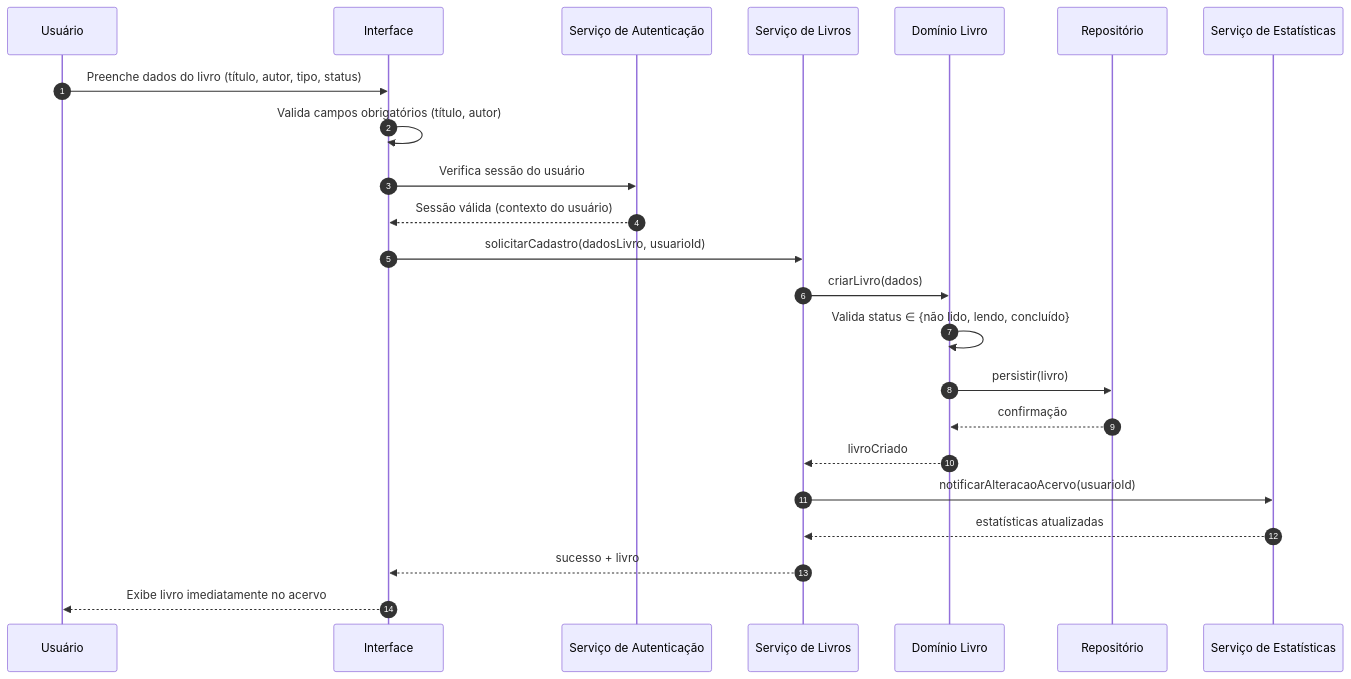
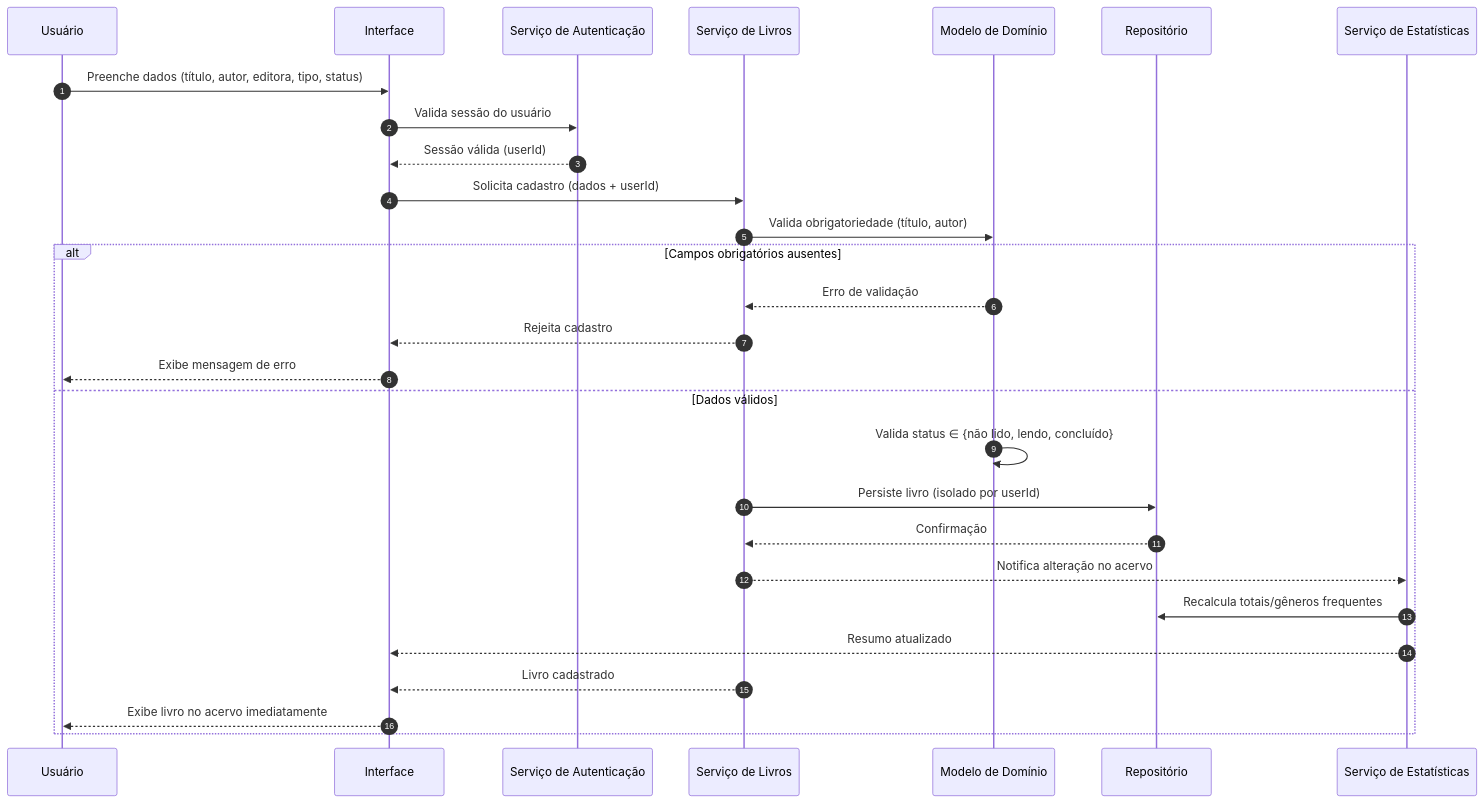
One commit to PDC-ESIA/AI4ES changed the second of 4 diagrams in docs/Time_2_Design/analise-qualitativa/outputs/relatorio_claude_opus_4_8_P04.md. Above: the diagram before and after it, drawn with Mermaid. The commit also changed other lines of this file and 93 other files, not shown here.

````diff
--- a/docs/Time_2_Design/analise-qualitativa/outputs/relatorio_claude_opus_4_8_P04.md
+++ b/docs/Time_2_Design/analise-qualitativa/outputs/relatorio_claude_opus_4_8_P04.md
@@ -118,26 +78,31 @@
 ```mermaid
 sequenceDiagram
     autonumber
     participant U as Usuário
     participant UI as Interface
-    participant Auth as Serviço de Autenticação
-    participant LS as Serviço de Livros
-    participant DM as Domínio Livro
-    participant R as Repositório
-    participant ES as Serviço de Estatísticas
+    participant AUTH as Serviço de Autenticação
+    participant BOOK as Serviço de Livros
+    participant DM as Modelo de Domínio
+    participant REPO as Repositório
+    participant STATS as Serviço de Estatísticas
 
-    U->>UI: Preenche dados do livro (título, autor, tipo, status)
-    UI->>UI: Valida campos obrigatórios (título, autor)
-    UI->>Auth: Verifica sessão do usuário
-    Auth-->>UI: Sessão válida (contexto do usuário)
-    UI->>LS: solicitarCadastro(dadosLivro, usuarioId)
-    LS->>DM: criarLivro(dados)
-    DM->>DM: Valida status ∈ {não lido, lendo, concluído}
-    DM->>R: persistir(livro)
-    R-->>DM: confirmação
-    DM-->>LS: livroCriado
-    LS->>ES: notificarAlteracaoAcervo(usuarioId)
-    ES-->>LS: estatísticas atualizadas
-    LS-->>UI: sucesso + livro
-    UI-->>U: Exibe livro imediatamente no acervo
+    U->>UI: Preenche dados (título, autor, editora, tipo, status)
+    UI->>AUTH: Valida sessão do usuário
+    AUTH-->>UI: Sessão válida (userId)
+    UI->>BOOK: Solicita cadastro (dados + userId)
+    BOOK->>DM: Valida obrigatoriedade (título, autor)
+    alt Campos obrigatórios ausentes
+        DM-->>BOOK: Erro de validação
+        BOOK-->>UI: Rejeita cadastro
+        UI-->>U: Exibe mensagem de erro
+    else Dados válidos
+        DM->>DM: Valida status ∈ {não lido, lendo, concluído}
+        BOOK->>REPO: Persiste livro (isolado por userId)
+        REPO-->>BOOK: Confirmação
+        BOOK-->>STATS: Notifica alteração no acervo
+        STATS->>REPO: Recalcula totais/gêneros frequentes
+        STATS-->>UI: Resumo atualizado
+        BOOK-->>UI: Livro cadastrado
+        UI-->>U: Exibe livro no acervo imediatamente
+    end
 ```
````
